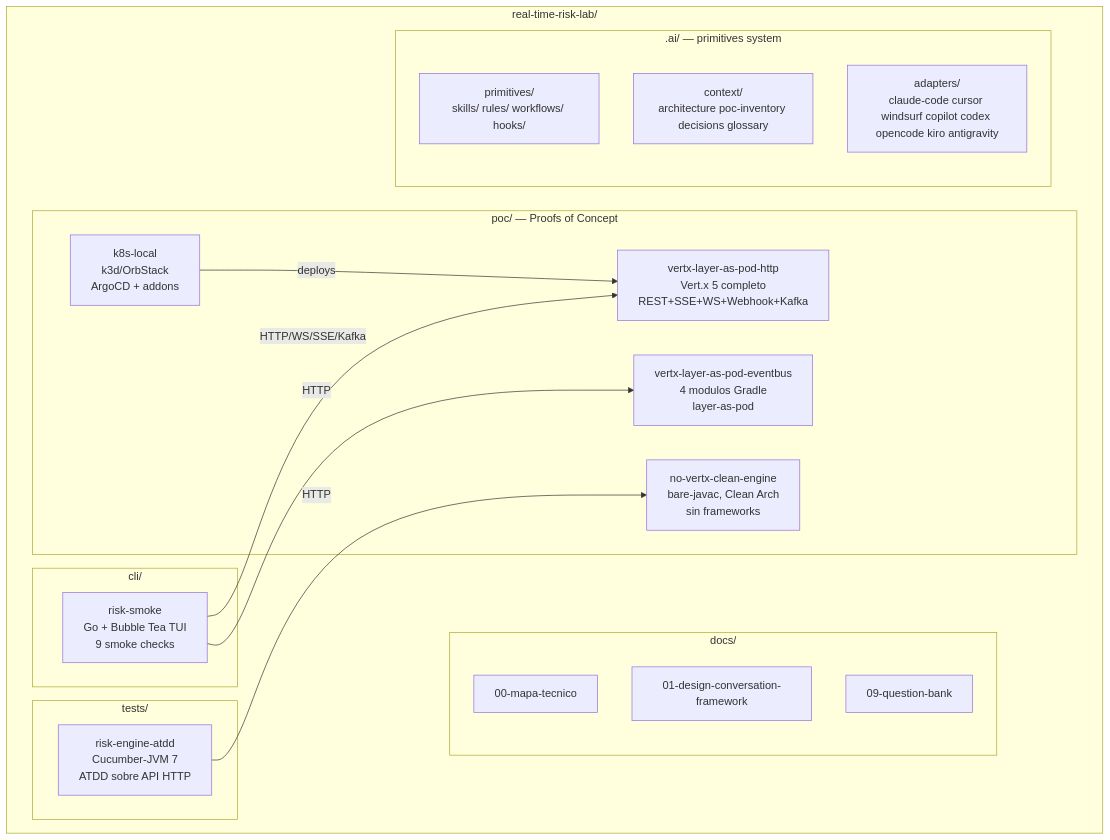
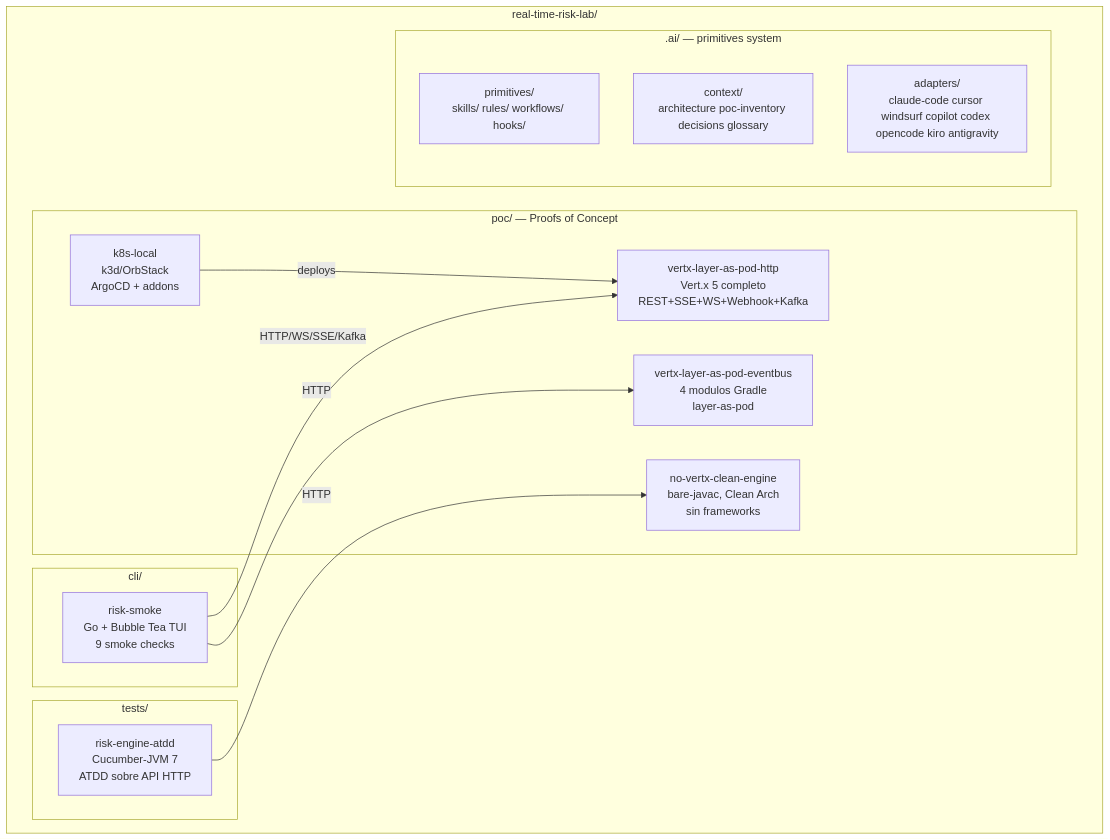
Before and after one commit to MatiasNAmendola/real-time-risk-lab: the diagram in .ai/context/architecture.md, drawn with Mermaid. The commit also changed other lines of this file and 2 other files, not shown here.

````diff
--- a/.ai/context/architecture.md
+++ b/.ai/context/architecture.md
@@ -5,36 +17,30 @@
 ```mermaid
 graph TB
     subgraph repo["real-time-risk-lab/"]
         subgraph poc["poc/ — Proofs of Concept"]
             jre["no-vertx-clean-engine<br/>bare-javac, Clean Arch<br/>sin frameworks"]
             jvd["vertx-layer-as-pod-eventbus<br/>4 modulos Gradle<br/>layer-as-pod"]
             vrp["vertx-layer-as-pod-http<br/>Vert.x 5 completo<br/>REST+SSE+WS+Webhook+Kafka"]
             k8s["k8s-local<br/>k3d/OrbStack<br/>ArgoCD + addons"]
         end
 
         subgraph tests["tests/"]
             atdd["risk-engine-atdd<br/>Cucumber-JVM 7<br/>ATDD sobre API HTTP"]
         end
 
         subgraph cli["cli/"]
             smoke["risk-smoke<br/>Go + Bubble Tea TUI<br/>9 smoke checks"]
         end
 
-        subgraph docs["docs/"]
-            d0["00-mapa-tecnico"]
-            d1["01-design-conversation-framework"]
-            d9["09-question-bank"]
-        end
-
         subgraph ai[".ai/ — primitives system"]
             prim["primitives/<br/>skills/ rules/ workflows/ hooks/"]
             ctx["context/<br/>architecture poc-inventory decisions glossary"]
             adp["adapters/<br/>claude-code cursor windsurf copilot codex opencode kiro antigravity"]
         end
     end
 
     smoke -->|HTTP/WS/SSE/Kafka| vrp
     smoke -->|HTTP| jvd
     atdd -->|HTTP| jre
     k8s -->|deploys| vrp
 ```
````
